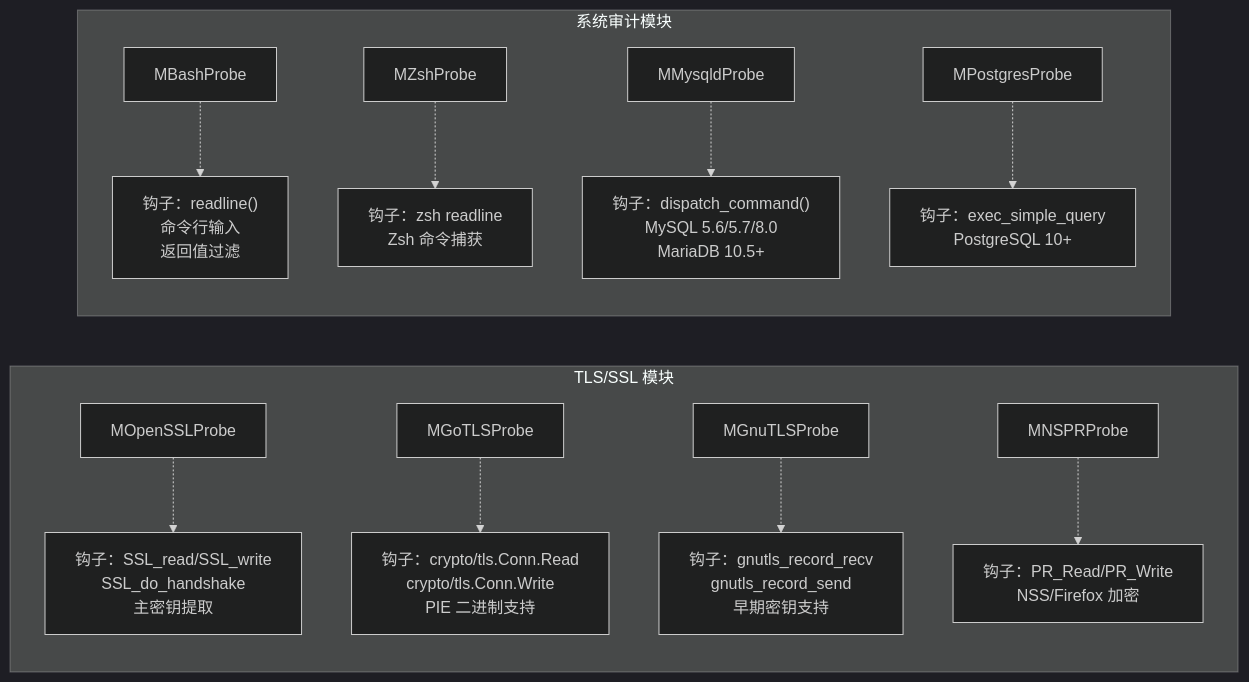
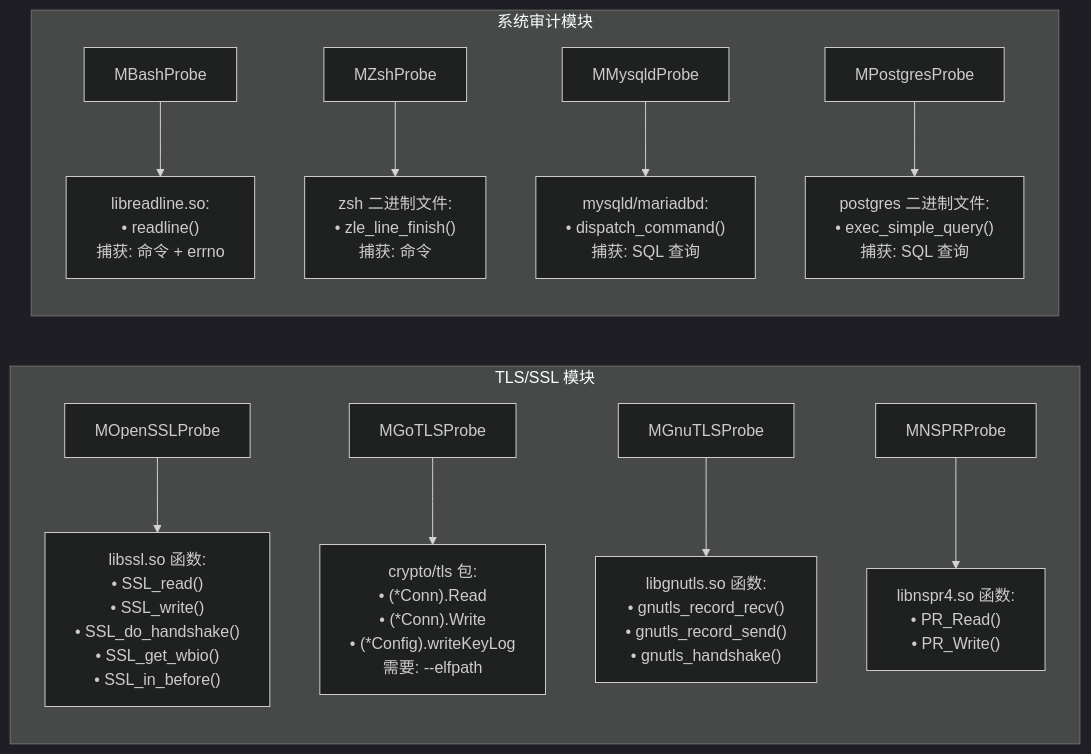
One commit to gojue/ecapture.cc changed the second of 3 diagrams in src/zh/3-capture-modules/index.md. Above: the diagram before and after it, drawn with Mermaid (dark theme). The commit also changed other lines of this file and 115 other files, not shown here.

````diff
--- a/src/zh/3-capture-modules/index.md
+++ b/src/zh/3-capture-modules/index.md
@@ -146,42 +201,44 @@
 ```mermaid
 graph LR
-    subgraph "TLS/SSL 模块"
+    subgraph TLS_Modules["TLS/SSL 模块"]
         direction TB
-        M1["MOpenSSLProbe"]
-        M1_desc["钩子：SSL_read/SSL_write<br/>SSL_do_handshake<br/>主密钥提取"]
         
-        M2["MGoTLSProbe"]
-        M2_desc["钩子：crypto/tls.Conn.Read<br/>crypto/tls.Conn.Write<br/>PIE 二进制支持"]
+        MOpenSSL["MOpenSSLProbe"]
+        MOpenSSL_targets["libssl.so 函数:<br/>• SSL_read()<br/>• SSL_write()<br/>• SSL_do_handshake()<br/>• SSL_get_wbio()<br/>• SSL_in_before()"]
         
-        M3["MGnuTLSProbe"]
-        M3_desc["钩子：gnutls_record_recv<br/>gnutls_record_send<br/>早期密钥支持"]
+        MGoTLS["MGoTLSProbe"]
+        MGoTLS_targets["crypto/tls 包:<br/>• (*Conn).Read<br/>• (*Conn).Write<br/>• (*Config).writeKeyLog<br/>需要: --elfpath"]
         
-        M4["MNSPRProbe"]
-        M4_desc["钩子：PR_Read/PR_Write<br/>NSS/Firefox 加密"]
+        MGnuTLS["MGnuTLSProbe"]
+        MGnuTLS_targets["libgnutls.so 函数:<br/>• gnutls_record_recv()<br/>• gnutls_record_send()<br/>• gnutls_handshake()"]
         
-        M1 -.-> M1_desc
-        M2 -.-> M2_desc
-        M3 -.-> M3_desc
-        M4 -.-> M4_desc
+        MNSPR["MNSPRProbe"]
+        MNSPR_targets["libnspr4.so 函数:<br/>• PR_Read()<br/>• PR_Write()"]
     end
     
-    subgraph "系统审计模块"
+    subgraph Audit_Modules["系统审计模块"]
         direction TB
-        M5["MBashProbe"]
-        M5_desc["钩子：readline()<br/>命令行输入<br/>返回值过滤"]
         
-        M6["MZshProbe"]
-        M6_desc["钩子：zsh readline<br/>Zsh 命令捕获"]
+        MBash["MBashProbe"]
+        MBash_targets["libreadline.so:<br/>• readline()<br/>捕获: 命令 + errno"]
         
-        M7["MMysqldProbe"]
-        M7_desc["钩子：dispatch_command()<br/>MySQL 5.6/5.7/8.0<br/>MariaDB 10.5+"]
+        MZsh["MZshProbe"]
+        MZsh_targets["zsh 二进制文件:<br/>• zle_line_finish()<br/>捕获: 命令"]
         
-        M8["MPostgresProbe"]
-        M8_desc["钩子：exec_simple_query<br/>PostgreSQL 10+"]
+        MMySQL["MMysqldProbe"]
+        MMySQL_targets["mysqld/mariadbd:<br/>• dispatch_command()<br/>捕获: SQL 查询"]
         
-        M5 -.-> M5_desc
-        M6 -.-> M6_desc
-        M7 -.-> M7_desc
-        M8 -.-> M8_desc
+        MPostgres["MPostgresProbe"]
+        MPostgres_targets["postgres 二进制文件:<br/>• exec_simple_query()<br/>捕获: SQL 查询"]
     end
+    
+    MOpenSSL --> MOpenSSL_targets
+    MGoTLS --> MGoTLS_targets
+    MGnuTLS --> MGnuTLS_targets
+    MNSPR --> MNSPR_targets
+    
+    MBash --> MBash_targets
+    MZsh --> MZsh_targets
+    MMySQL --> MMySQL_targets
+    MPostgres --> MPostgres_targets
 ```
````
